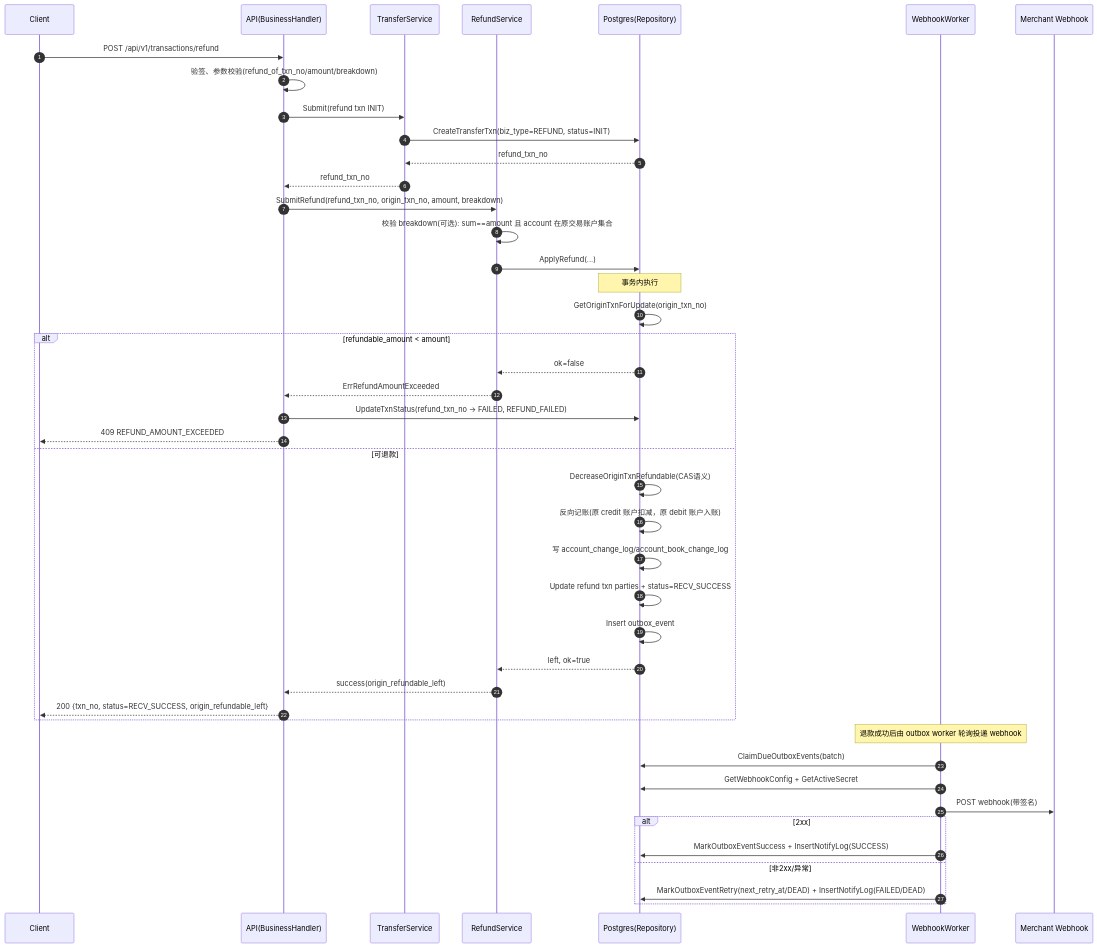
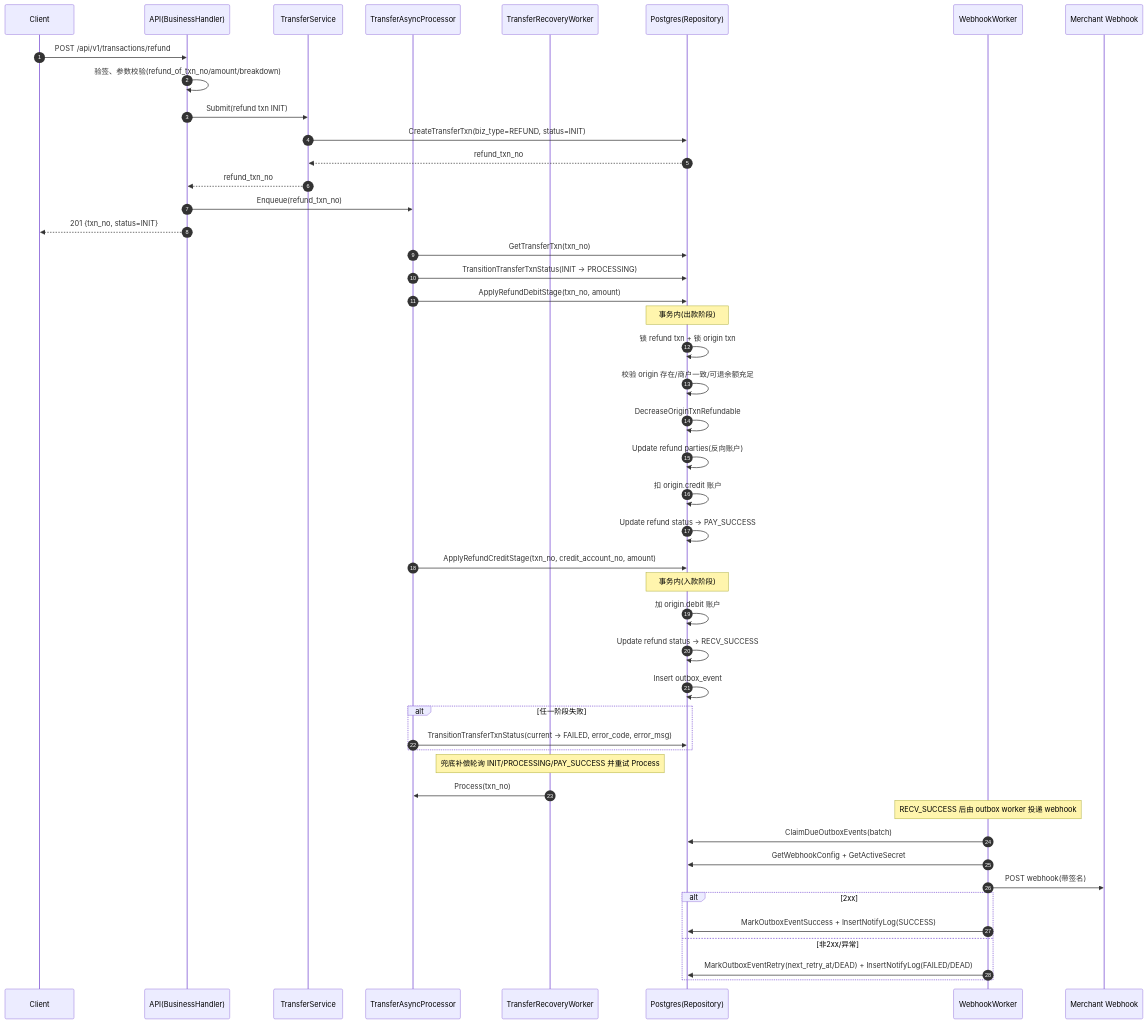
One commit to xmz-ai/coin changed the diagram in refund.md. Above: the diagram before and after it, drawn with Mermaid. The commit also changed 15 other files, not shown here.

First line of the commit message:
feat: migrate refund flow to async processor

````diff
--- a/refund.md
+++ b/refund.md
@@ -3,50 +3,56 @@
 ```mermaid
 sequenceDiagram
     autonumber
     participant C as Client
     participant API as API(BusinessHandler)
     participant TS as TransferService
-    participant RS as RefundService
+    participant AP as TransferAsyncProcessor
+    participant RW as TransferRecoveryWorker
     participant DB as Postgres(Repository)
     participant WW as WebhookWorker
     participant WH as Merchant Webhook
 
     C->>API: POST /api/v1/transactions/refund
     API->>API: 验签、参数校验(refund_of_txn_no/amount/breakdown)
     API->>TS: Submit(refund txn INIT)
     TS->>DB: CreateTransferTxn(biz_type=REFUND, status=INIT)
     DB-->>TS: refund_txn_no
     TS-->>API: refund_txn_no
+    API->>AP: Enqueue(refund_txn_no)
+    API-->>C: 201 {txn_no, status=INIT}
 
-    API->>RS: SubmitRefund(refund_txn_no, origin_txn_no, amount, breakdown)
-    RS->>RS: 校验 breakdown(可选): sum==amount 且 account 在原交易账户集合
-    RS->>DB: ApplyRefund(...)
+    AP->>DB: GetTransferTxn(txn_no)
+    AP->>DB: TransitionTransferTxnStatus(INIT -> PROCESSING)
 
-    Note over DB: 事务内执行
-    DB->>DB: GetOriginTxnForUpdate(origin_txn_no)
-    alt refundable_amount < amount
-        DB-->>RS: ok=false
-        RS-->>API: ErrRefundAmountExceeded
-        API->>DB: UpdateTxnStatus(refund_txn_no -> FAILED, REFUND_FAILED)
-        API-->>C: 409 REFUND_AMOUNT_EXCEEDED
-    else 可退款
-        DB->>DB: DecreaseOriginTxnRefundable(CAS语义)
-        DB->>DB: 反向记账(原 credit 账户扣减，原 debit 账户入账)
-        DB->>DB: 写 account_change_log/account_book_change_log
-        DB->>DB: Update refund txn parties + status=RECV_SUCCESS
-        DB->>DB: Insert outbox_event
-        DB-->>RS: left, ok=true
-        RS-->>API: success(origin_refundable_left)
-        API-->>C: 200 {txn_no, status=RECV_SUCCESS, origin_refundable_left}
+    AP->>DB: ApplyRefundDebitStage(txn_no, amount)
+    Note over DB: 事务内(出款阶段)
+    DB->>DB: 锁 refund txn + 锁 origin txn
+    DB->>DB: 校验 origin 存在/商户一致/可退余额充足
+    DB->>DB: DecreaseOriginTxnRefundable
+    DB->>DB: Update refund parties(反向账户)
+    DB->>DB: 扣 origin.credit 账户
+    DB->>DB: Update refund status -> PAY_SUCCESS
+
+    AP->>DB: ApplyRefundCreditStage(txn_no, credit_account_no, amount)
+    Note over DB: 事务内(入款阶段)
+    DB->>DB: 加 origin.debit 账户
+    DB->>DB: Update refund status -> RECV_SUCCESS
+    DB->>DB: Insert outbox_event
+
+    alt 任一阶段失败
+        AP->>DB: TransitionTransferTxnStatus(current -> FAILED, error_code, error_msg)
     end
 
-    Note over WW: 退款成功后由 outbox worker 轮询投递 webhook
+    Note over RW: 兜底补偿轮询 INIT/PROCESSING/PAY_SUCCESS 并重试 Process
+    RW->>AP: Process(txn_no)
+
+    Note over WW: RECV_SUCCESS 后由 outbox worker 投递 webhook
     WW->>DB: ClaimDueOutboxEvents(batch)
     WW->>DB: GetWebhookConfig + GetActiveSecret
     WW->>WH: POST webhook(带签名)
     alt 2xx
         WW->>DB: MarkOutboxEventSuccess + InsertNotifyLog(SUCCESS)
     else 非2xx/异常
         WW->>DB: MarkOutboxEventRetry(next_retry_at/DEAD) + InsertNotifyLog(FAILED/DEAD)
     end
 ```
````
